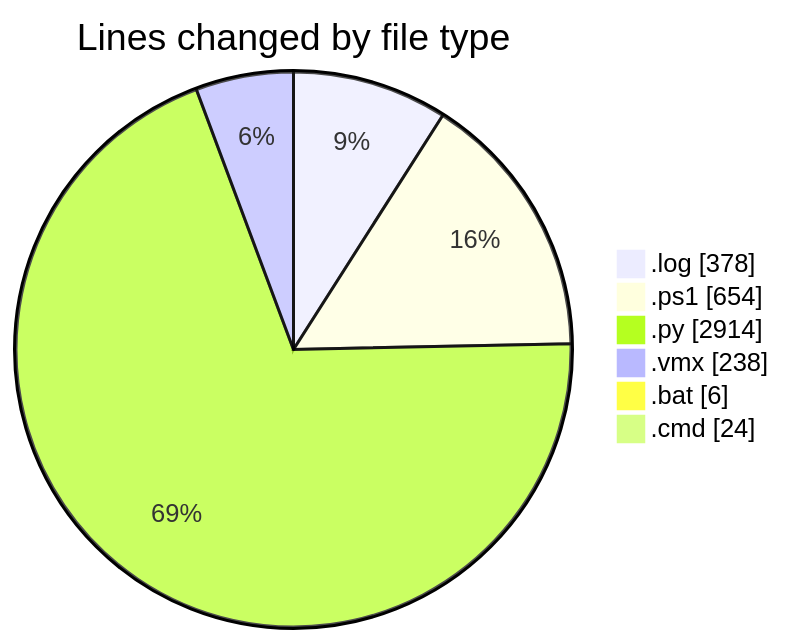
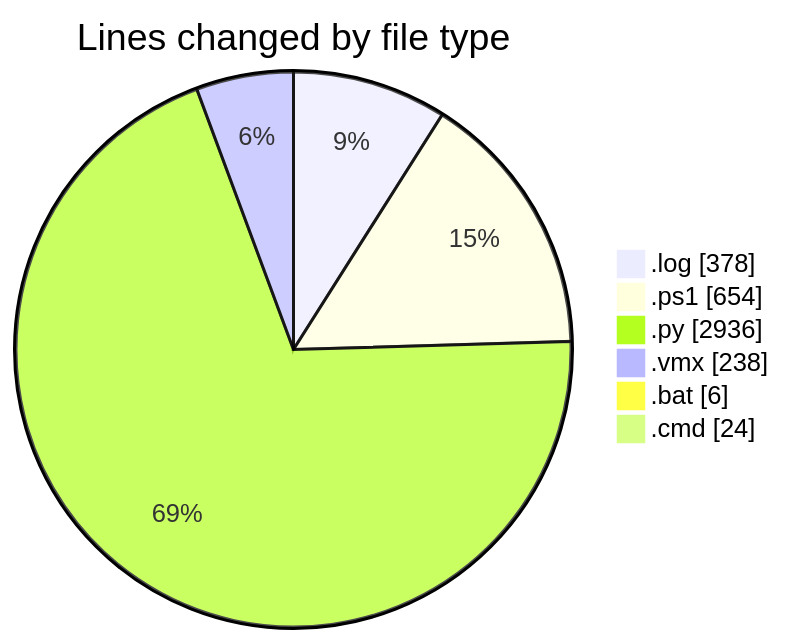
Before and after one commit to shibass792/code-tracking: the first of 2 diagrams in 2026-07-08/twenty_versions_aminor/README.md, drawn with Mermaid. The commit also changed other lines of this file and 1 other file, not shown here.

````diff
--- a/2026-07-08/twenty_versions_aminor/README.md
+++ b/2026-07-08/twenty_versions_aminor/README.md
@@ -33,10 +33,10 @@
 ```mermaid
 pie showData
 title Lines changed by file type
 ".log" : 378
 ".ps1" : 654
-".py" : 2914
+".py" : 2936
 ".vmx" : 238
 ".bat" : 6
 ".cmd" : 24
 ```
````
